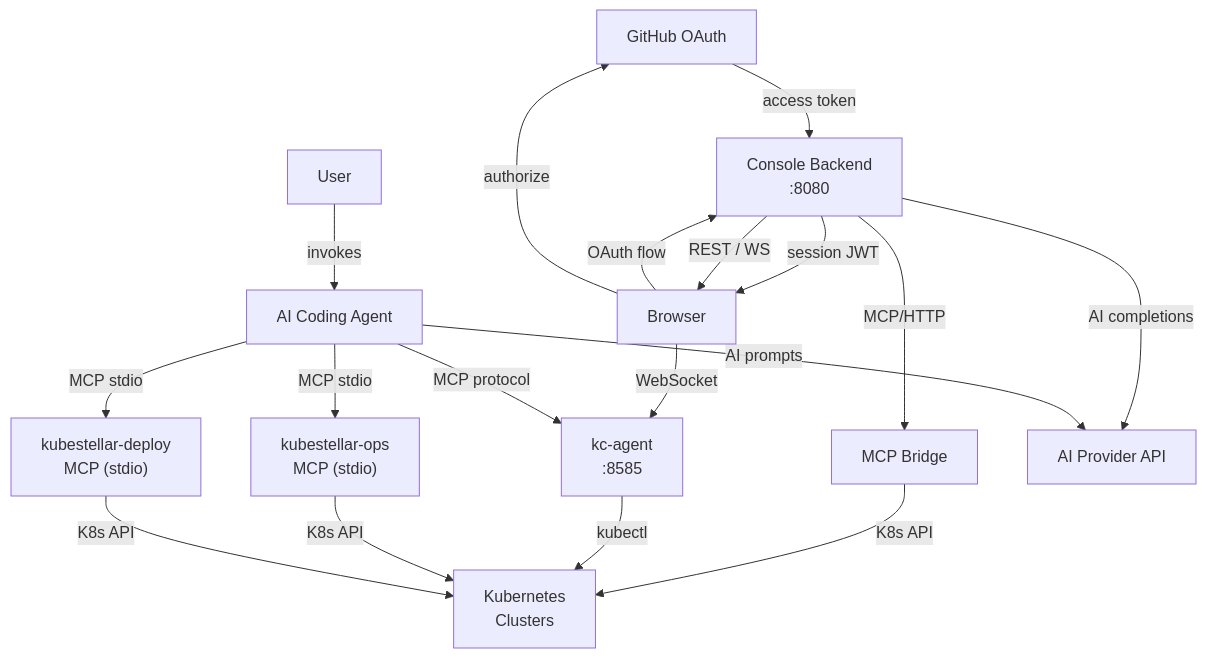
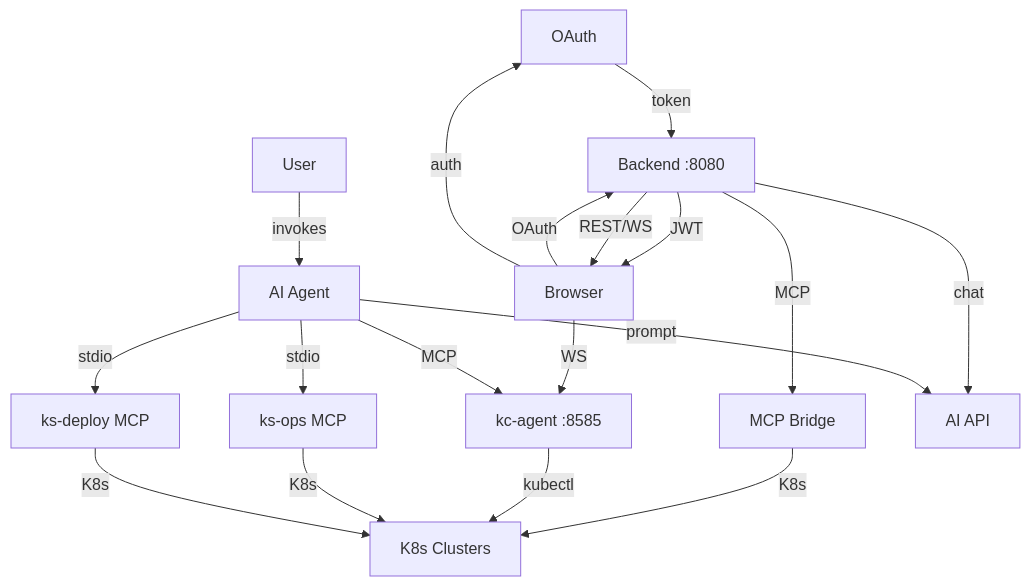
Before and after one commit to KPRoche/console: the diagram in docs/security/SELF-ASSESSMENT.md, drawn with Mermaid.

Commit message:
fix: shorten mermaid labels further to prevent text clipping (#5753)

````diff
--- a/docs/security/SELF-ASSESSMENT.md
+++ b/docs/security/SELF-ASSESSMENT.md
@@ -159,32 +159,32 @@
 ```mermaid
 graph TB
     User["User"]
-    GitHub["GitHub OAuth"]
-    Backend["Console Backend<br/>:8080"]
+    GitHub["OAuth"]
+    Backend["Backend :8080"]
     Browser["Browser"]
     MCP["MCP Bridge"]
-    K8s["Kubernetes<br/>Clusters"]
-    Agent["kc-agent<br/>:8585"]
-    CLI["AI Coding Agent"]
-    OpsStdio["kubestellar-ops<br/>MCP (stdio)"]
-    DeployStdio["kubestellar-deploy<br/>MCP (stdio)"]
-    AI["AI Provider API"]
+    K8s["K8s Clusters"]
+    Agent["kc-agent :8585"]
+    CLI["AI Agent"]
+    OpsStdio["ks-ops MCP"]
+    DeployStdio["ks-deploy MCP"]
+    AI["AI API"]
 
     User -- invokes --> CLI
-    Browser -- OAuth flow --> Backend
-    Browser -- authorize --> GitHub
-    GitHub -- access token --> Backend
-    Backend -- session JWT --> Browser
-    Backend -- REST / WS --> Browser
-    Browser -- WebSocket --> Agent
-    Backend -- MCP/HTTP --> MCP
-    MCP -- K8s API --> K8s
+    Browser -- OAuth --> Backend
+    Browser -- auth --> GitHub
+    GitHub -- token --> Backend
+    Backend -- JWT --> Browser
+    Backend -- REST/WS --> Browser
+    Browser -- WS --> Agent
+    Backend -- MCP --> MCP
+    MCP -- K8s --> K8s
     Agent -- kubectl --> K8s
-    OpsStdio -- K8s API --> K8s
-    DeployStdio -- K8s API --> K8s
-    CLI -- MCP stdio --> OpsStdio
-    CLI -- MCP stdio --> DeployStdio
-    CLI -- MCP protocol --> Agent
-    Backend -- AI completions --> AI
-    CLI -- AI prompts --> AI
+    OpsStdio -- K8s --> K8s
+    DeployStdio -- K8s --> K8s
+    CLI -- stdio --> OpsStdio
+    CLI -- stdio --> DeployStdio
+    CLI -- MCP --> Agent
+    Backend -- chat --> AI
+    CLI -- prompt --> AI
 ```
````
